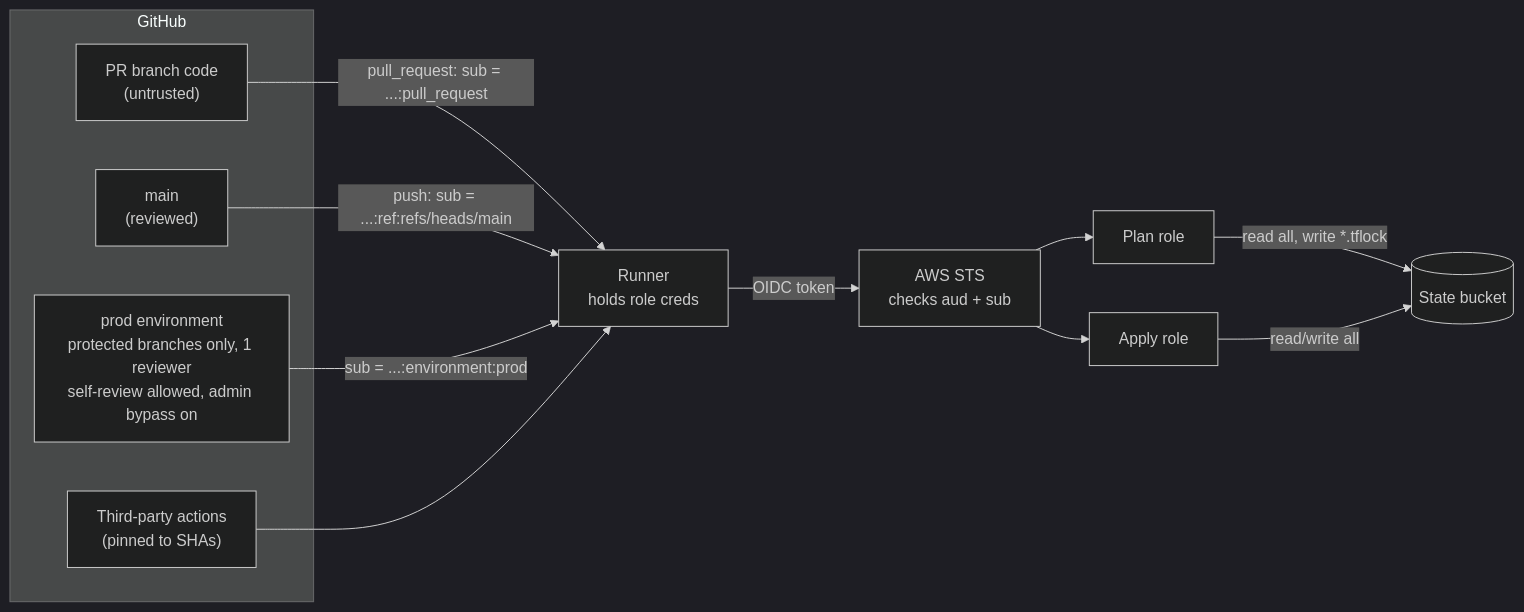
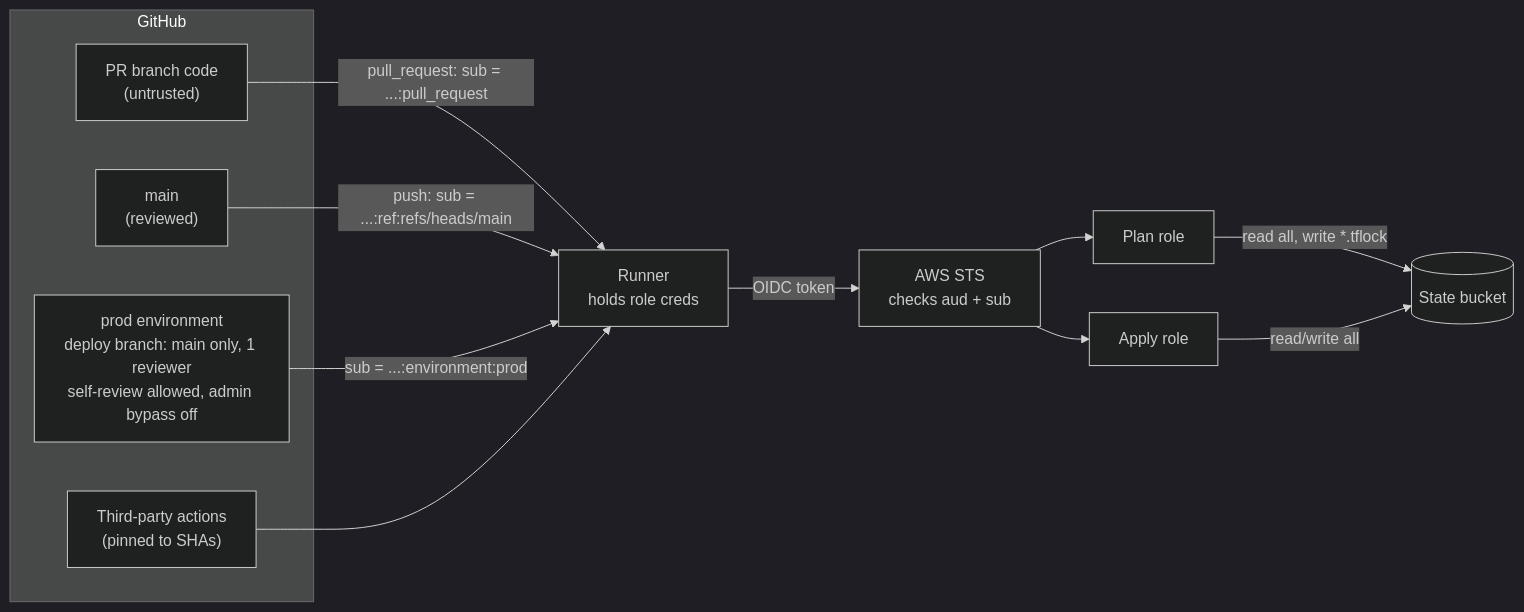
One commit to J-xy/tf-platform-lab changed the diagram in docs/threat-model-ci.md. Above: the diagram before and after it, drawn with Mermaid (dark theme). The commit also changed other lines of this file and 1 other file, not shown here.

````diff
--- a/docs/threat-model-ci.md
+++ b/docs/threat-model-ci.md
@@ -21,24 +21,24 @@
 ```mermaid
 flowchart LR
   subgraph GH["GitHub"]
     PR["PR branch code<br/>(untrusted)"]
     MAIN["main<br/>(reviewed)"]
-    ENV["prod environment<br/>protected branches only, 1 reviewer<br/>self-review allowed, admin bypass on"]
+    ENV["prod environment<br/>deploy branch: main only, 1 reviewer<br/>self-review allowed, admin bypass off"]
     ACT["Third-party actions<br/>(pinned to SHAs)"]
   end
   RUN["Runner<br/>holds role creds"]
   STS["AWS STS<br/>checks aud + sub"]
   PLAN["Plan role"]
   APPLY["Apply role"]
   STATE[("State bucket")]
 
   PR -->|"pull_request: sub = ...:pull_request"| RUN
   MAIN -->|"push: sub = ...:ref:refs/heads/main"| RUN
   ENV -->|"sub = ...:environment:prod"| RUN
   ACT --> RUN
   RUN -->|"OIDC token"| STS
   STS --> PLAN
   STS --> APPLY
   PLAN -->|"read all, write *.tflock"| STATE
   APPLY -->|"read/write all"| STATE
 ```
````
